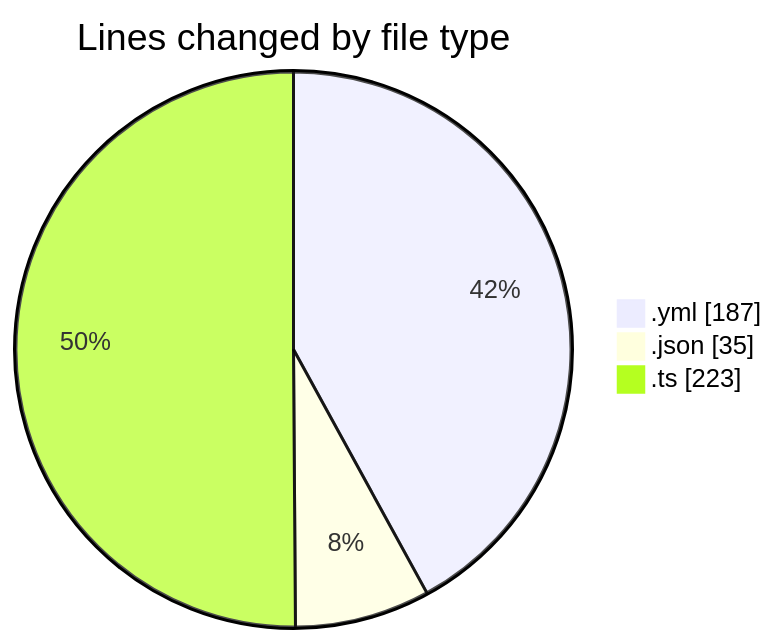
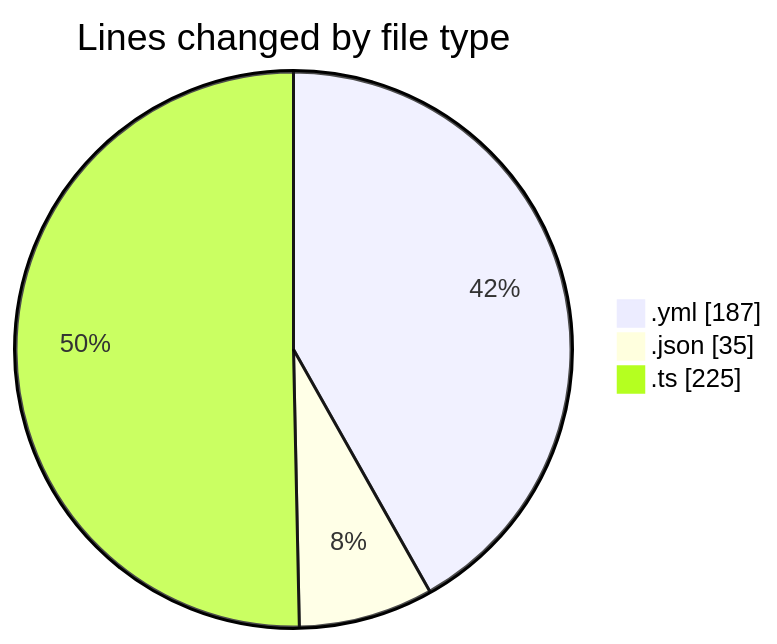
The first of 2 diagrams in 2025-02-10/maps_clone/README.md (donsfak/code-tracking), drawn with Mermaid before and after one commit. The commit also changed other lines of this file and 1 other file, not shown here.

````diff
--- a/2025-02-10/maps_clone/README.md
+++ b/2025-02-10/maps_clone/README.md
@@ -24,7 +24,7 @@
 ```mermaid
 pie showData
 title Lines changed by file type
 ".yml" : 187
 ".json" : 35
-".ts" : 223
+".ts" : 225
 ```
````
